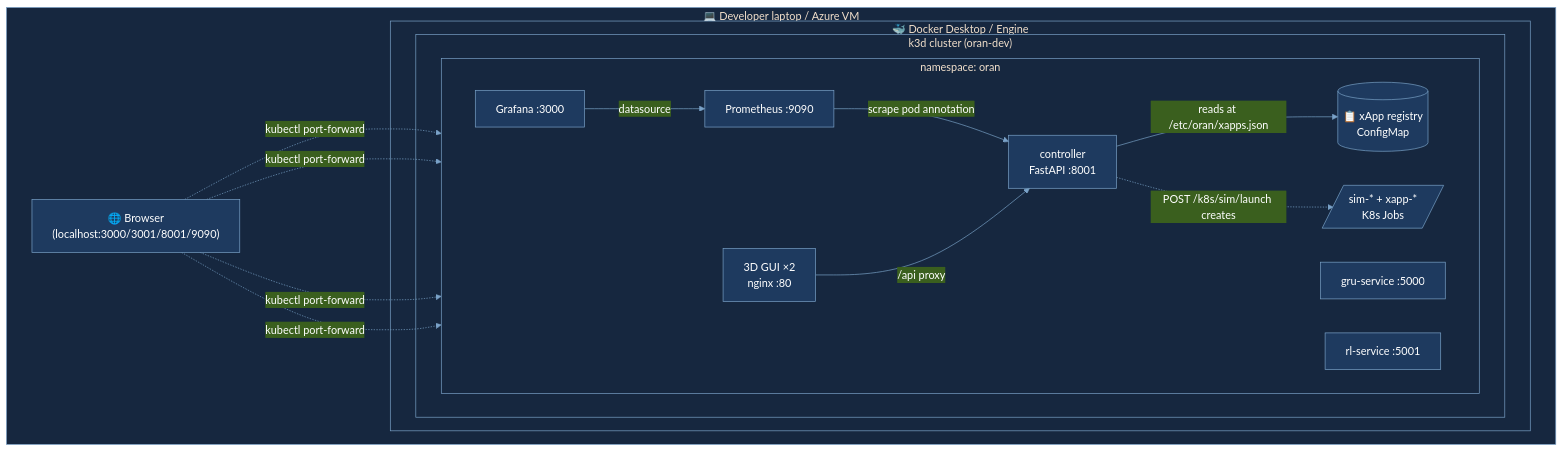
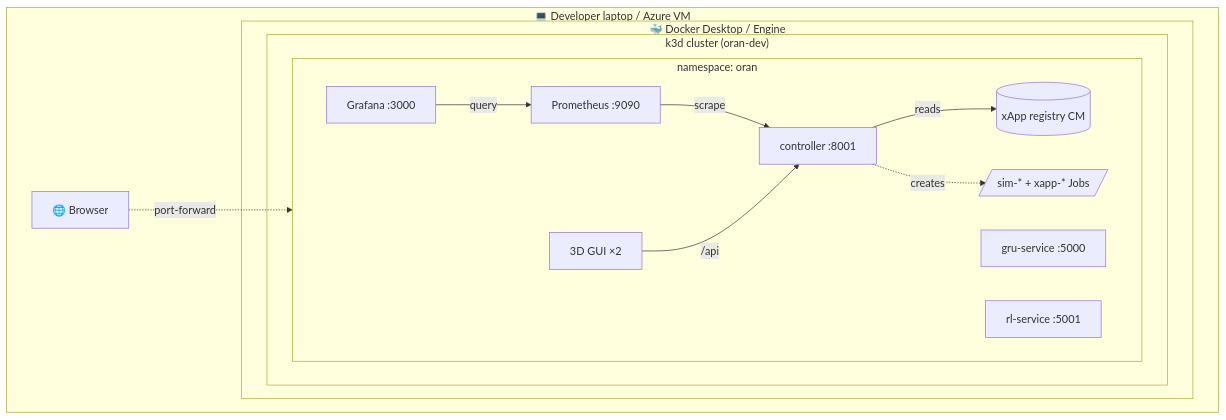
Before and after one commit to AI-Driven-Digital-Twin-for-O-RAN/Mohamed: the diagram in README.md, drawn with Mermaid. The commit also changed other lines of this file and 2 other files, not shown here.

First line of the commit message:
docs: hand-crafted SVG architecture diagrams (draw.io style)

````diff
--- a/README.md
+++ b/README.md
@@ -57,36 +74,27 @@
 ```mermaid
-%%{init: {'theme':'base', 'themeVariables': {
-    'primaryColor':'#1e3a5f','primaryTextColor':'#fff','primaryBorderColor':'#7aa2c8',
-    'lineColor':'#7aa2c8','tertiaryColor':'#0d1f33',
-    'background':'#0d1f33','clusterBkg':'#16273f','clusterBorder':'#7aa2c8'
-}}}%%
 flowchart TB
     subgraph DEV["💻 Developer laptop / Azure VM"]
         subgraph DOCKER["🐳 Docker Desktop / Engine"]
             subgraph K3D["k3d cluster (oran-dev)"]
                 subgraph NS["namespace: oran"]
                     direction LR
-                    CTRL["controller<br/>FastAPI :8001"]
-                    GUI["3D GUI ×2<br/>nginx :80"]
+                    CTRL["controller :8001"]
+                    GUI["3D GUI ×2"]
                     GRU["gru-service :5000"]
                     RL["rl-service :5001"]
                     PROM["Prometheus :9090"]
                     GRAF["Grafana :3000"]
-                    CM[("📋 xApp registry<br/>ConfigMap")]
-                    JOBS[/"sim-* + xapp-*<br/>K8s Jobs"/]
+                    CM[("xApp registry CM")]
+                    JOBS[/"sim-* + xapp-* Jobs"/]
                 end
             end
         end
-        BROWSER["🌐 Browser<br/>(localhost:3000/3001/8001/9090)"]
+        BROWSER["🌐 Browser"]
     end
-
-    BROWSER -. "kubectl port-forward" .-> CTRL
-    BROWSER -. "kubectl port-forward" .-> GUI
-    BROWSER -. "kubectl port-forward" .-> GRAF
-    BROWSER -. "kubectl port-forward" .-> PROM
-    CTRL -- "reads at /etc/oran/xapps.json" --> CM
-    CTRL -. "POST /k8s/sim/launch creates" .-> JOBS
-    PROM -- "scrape pod annotation" --> CTRL
-    GRAF -- "datasource" --> PROM
-    GUI -- "/api proxy" --> CTRL
+    BROWSER -. "port-forward" .-> CTRL
+    CTRL -- reads --> CM
+    CTRL -. creates .-> JOBS
+    PROM -- scrape --> CTRL
+    GRAF -- query --> PROM
+    GUI -- "/api" --> CTRL
 ```
````
